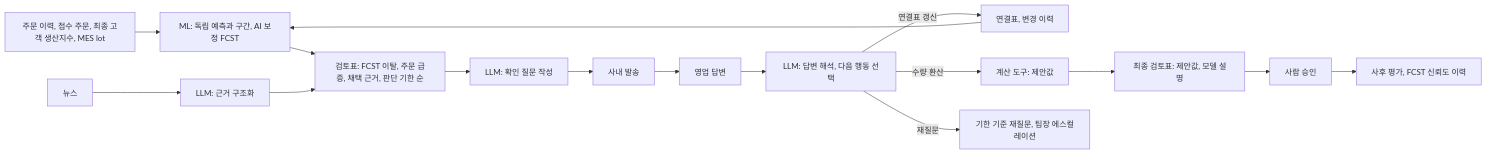
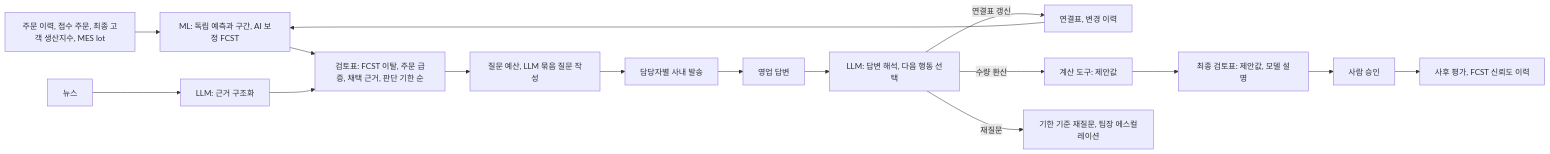
One commit to gusdn2954/work changed the diagram in demand-review-prototype/README.md. Above: the diagram before and after it, drawn with Mermaid. The commit also changed other lines of this file and 199 other files, not shown here.

````diff
--- a/demand-review-prototype/README.md
+++ b/demand-review-prototype/README.md
@@ -17,15 +17,15 @@
 ```mermaid
 flowchart LR
   A[주문 이력, 접수 주문, 최종 고객 생산지수, MES lot] --> B[ML: 독립 예측과 구간, AI 보정 FCST]
   N[뉴스] --> C[LLM: 근거 구조화]
   B --> D[검토표: FCST 이탈, 주문 급증, 채택 근거, 판단 기한 순]
   C --> D
-  D --> E[LLM: 확인 질문 작성] --> F[사내 발송]
+  D --> E[질문 예산, LLM 묶음 질문 작성] --> F[담당자별 사내 발송]
   F --> G[영업 답변] --> H[LLM: 답변 해석, 다음 행동 선택]
   H -->|연결표 갱신| I[연결표, 변경 이력]
   H -->|수량 환산| J[계산 도구: 제안값]
   H -->|재질문| K[기한 기준 재질문, 팀장 에스컬레이션]
   I --> B
   J --> L[최종 검토표: 제안값, 모델 설명]
   L --> M[사람 승인] --> P[사후 평가, FCST 신뢰도 이력]
 ```
````
